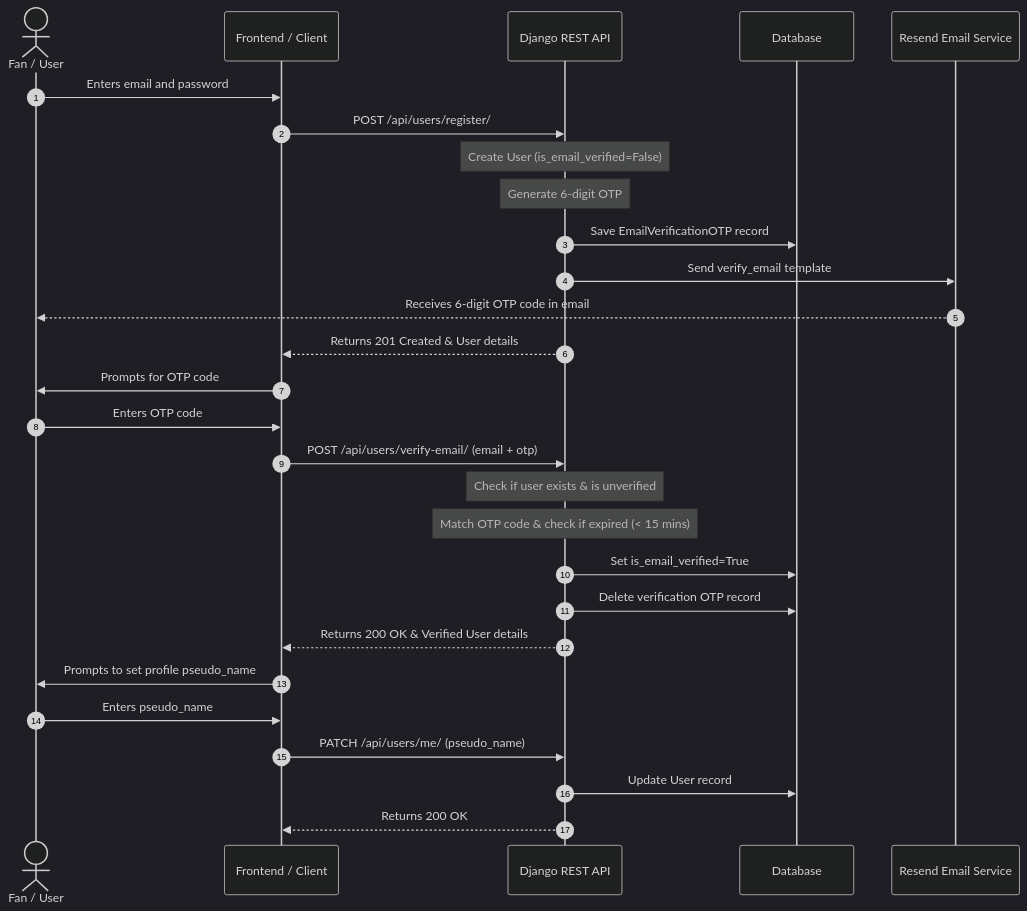
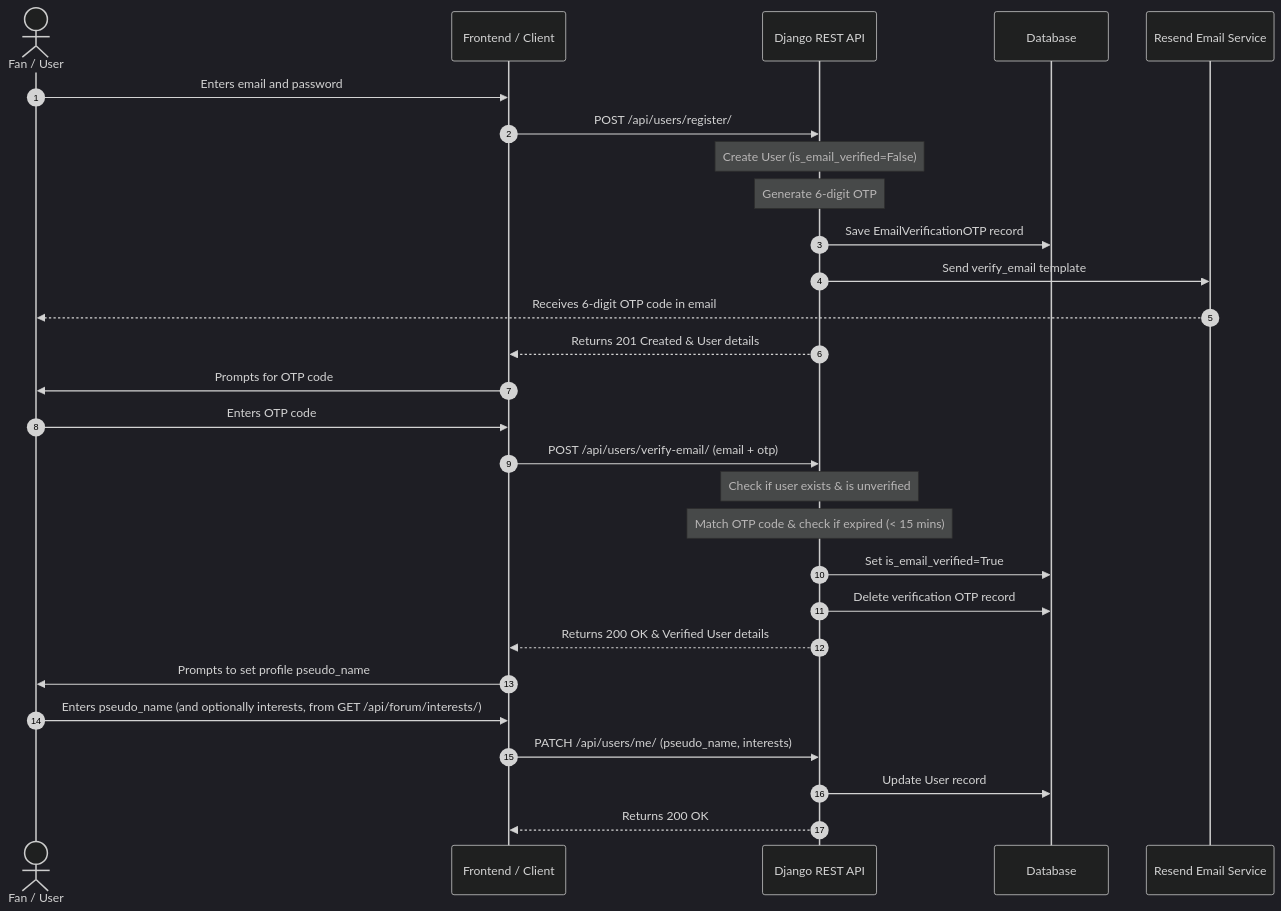
Before and after one commit to xexcyte-proxie/fplaces-backend: the first of 4 diagrams in doc/implementation_flow.md, drawn with Mermaid (dark theme). The commit also changed other lines of this file and 24 other files, not shown here.

````diff
--- a/doc/implementation_flow.md
+++ b/doc/implementation_flow.md
@@ -11,31 +11,31 @@
 ```mermaid
 sequenceDiagram
     autonumber
     actor User as Fan / User
     participant Client as Frontend / Client
     participant API as Django REST API
     participant DB as Database
     participant EmailService as Resend Email Service
 
     User->>Client: Enters email and password
     Client->>API: POST /api/users/register/
     Note over API: Create User (is_email_verified=False)
     Note over API: Generate 6-digit OTP
     API->>DB: Save EmailVerificationOTP record
     API->>EmailService: Send verify_email template
     EmailService-->>User: Receives 6-digit OTP code in email
     API-->>Client: Returns 201 Created & User details
     Client->>User: Prompts for OTP code
     User->>Client: Enters OTP code
     Client->>API: POST /api/users/verify-email/ (email + otp)
     Note over API: Check if user exists & is unverified
     Note over API: Match OTP code & check if expired (< 15 mins)
     API->>DB: Set is_email_verified=True
     API->>DB: Delete verification OTP record
     API-->>Client: Returns 200 OK & Verified User details
     Client->>User: Prompts to set profile pseudo_name
-    User->>Client: Enters pseudo_name
-    Client->>API: PATCH /api/users/me/ (pseudo_name)
+    User->>Client: Enters pseudo_name (and optionally interests, from GET /api/forum/interests/)
+    Client->>API: PATCH /api/users/me/ (pseudo_name, interests)
     API->>DB: Update User record
     API-->>Client: Returns 200 OK
 ```
````
